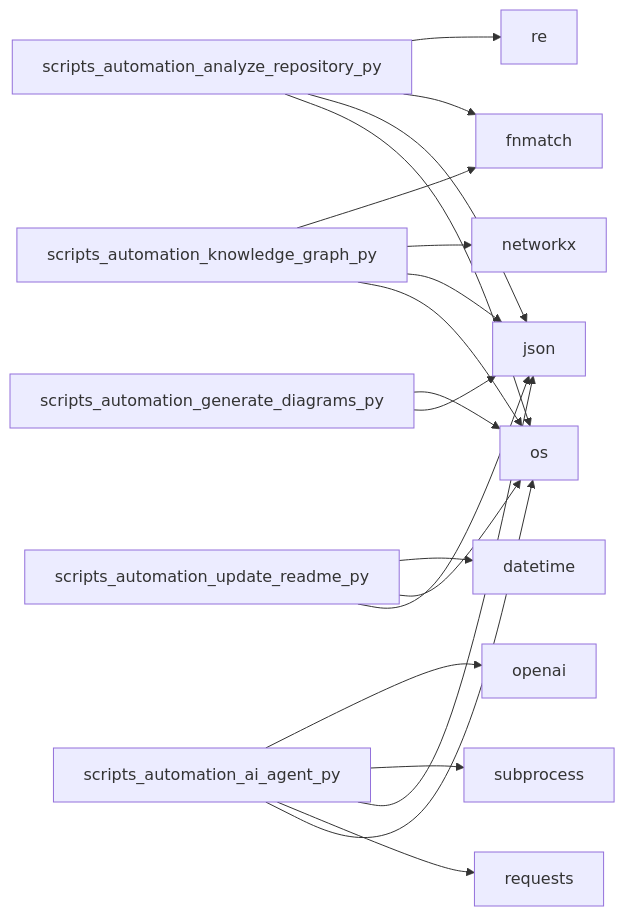
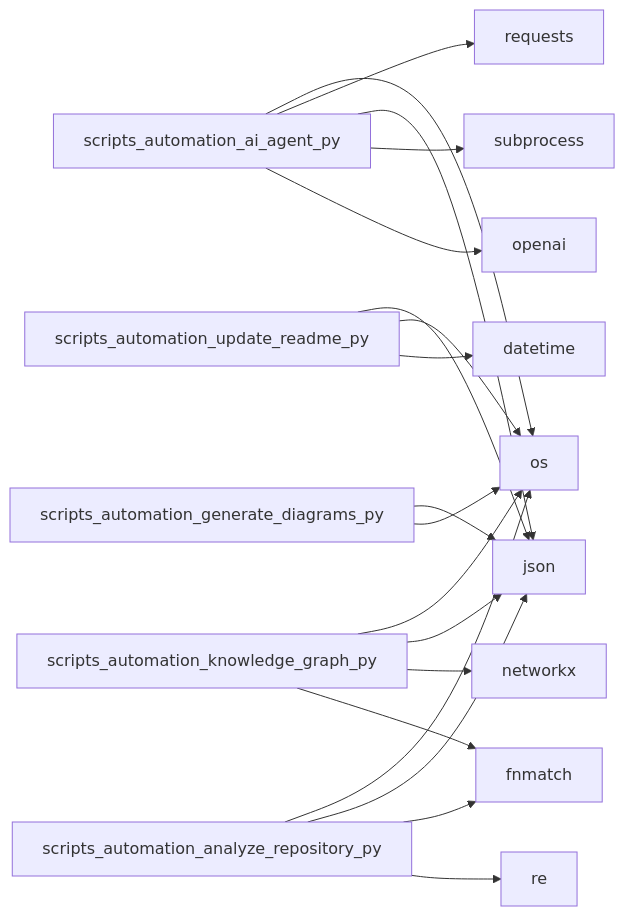
Before and after one commit to NITISH-R-G/FUTURE_DS_01: the diagram in docs/diagrams/dependencies.mmd, drawn with Mermaid. The commit also changed other lines of this file and 3 other files, not shown here.

Commit message:
docs: auto-update repository state and diagrams [skip auto]

```diff
--- a/docs/diagrams/dependencies.mmd
+++ b/docs/diagrams/dependencies.mmd
@@ -1,19 +1,19 @@
 graph LR;
-    scripts_automation_knowledge_graph_py --> os;
-    scripts_automation_knowledge_graph_py --> json;
-    scripts_automation_knowledge_graph_py --> networkx;
-    scripts_automation_knowledge_graph_py --> fnmatch;
     scripts_automation_update_readme_py --> json;
     scripts_automation_update_readme_py --> os;
     scripts_automation_update_readme_py --> datetime;
     scripts_automation_ai_agent_py --> os;
     scripts_automation_ai_agent_py --> requests;
     scripts_automation_ai_agent_py --> json;
     scripts_automation_ai_agent_py --> subprocess;
     scripts_automation_ai_agent_py --> openai;
-    scripts_automation_generate_diagrams_py --> json;
-    scripts_automation_generate_diagrams_py --> os;
+    scripts_automation_knowledge_graph_py --> os;
+    scripts_automation_knowledge_graph_py --> json;
+    scripts_automation_knowledge_graph_py --> networkx;
+    scripts_automation_knowledge_graph_py --> fnmatch;
     scripts_automation_analyze_repository_py --> os;
     scripts_automation_analyze_repository_py --> json;
     scripts_automation_analyze_repository_py --> fnmatch;
     scripts_automation_analyze_repository_py --> re;
+    scripts_automation_generate_diagrams_py --> json;
+    scripts_automation_generate_diagrams_py --> os;
```
